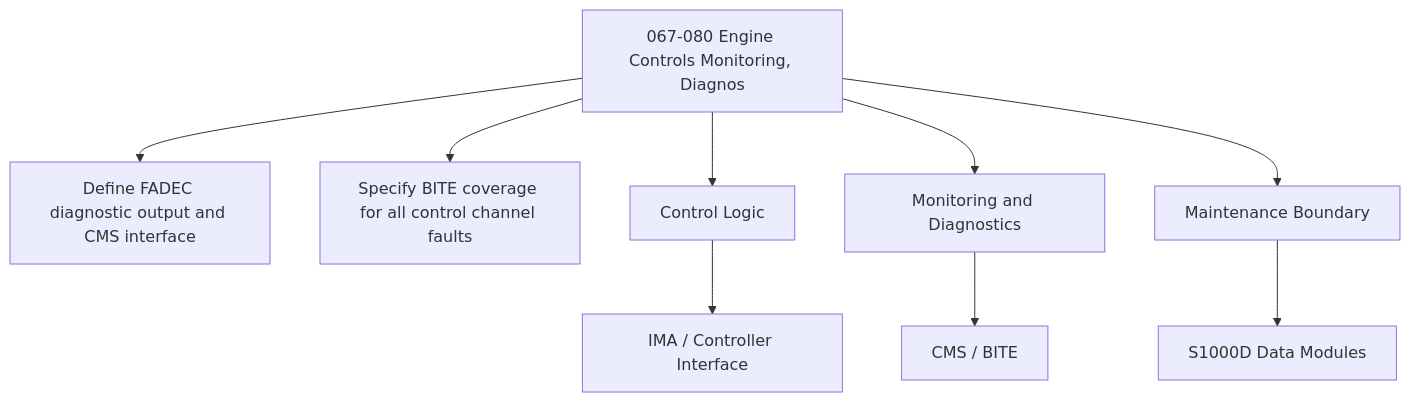
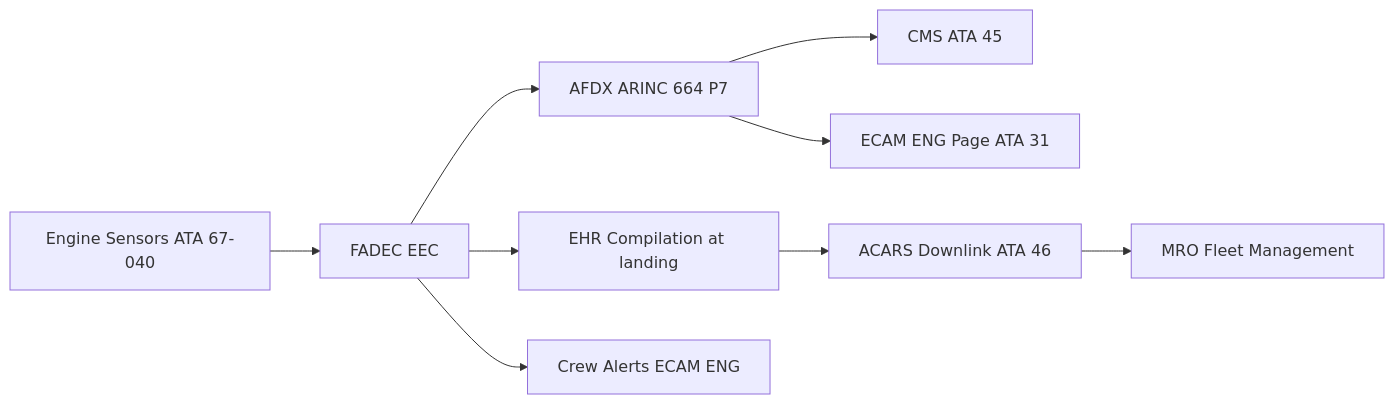
Before and after one commit to AmedeoPelliccia/Qplus-For-All-Queer-People-and-Quantum: the first of 2 diagrams in Q+ATLANTIDE/000-099_ATLAS/060-069_Propulsion-Tradicional/067_Engine-Controls/067-080-Engine-Controls-Monitoring-Diagnostics-and-Control-Interfaces.md, drawn with Mermaid. The commit also changed other lines of this file and 9 other files, not shown here.

First line of the commit message:
docs: rewrite 067_Engine-Controls — 10 files contextualized for AMPEL360E eWTW

````diff
--- a/Q+ATLANTIDE/000-099_ATLAS/060-069_Propulsion-Tradicional/067_Engine-Controls/067-080-Engine-Controls-Monitoring-Diagnostics-and-Control-Interfaces.md
+++ b/Q+ATLANTIDE/000-099_ATLAS/060-069_Propulsion-Tradicional/067_Engine-Controls/067-080-Engine-Controls-Monitoring-Diagnostics-and-Control-Interfaces.md
@@ -172,11 +94,11 @@
 ```mermaid
-flowchart TB
-    SYS[067-080 Engine Controls Monitoring, Diagnos] --> F1[Define FADEC diagnostic output and CMS interface]
-    SYS --> F2[Specify BITE coverage for all control channel faults]
-    SYS --> CTRL[Control Logic]
-    SYS --> MON[Monitoring and Diagnostics]
-    SYS --> MAINT[Maintenance Boundary]
-    CTRL --> IMA[IMA / Controller Interface]
-    MON --> CMS[CMS / BITE]
-    MAINT --> CSDB[S1000D Data Modules]
+flowchart LR
+    FADEC[FADEC EEC] --> AFDX[AFDX ARINC 664 P7]
+    AFDX --> CMS[CMS ATA 45]
+    AFDX --> ECAM[ECAM ENG Page ATA 31]
+    FADEC --> EHR[EHR Compilation at landing]
+    EHR --> ACARS[ACARS Downlink ATA 46]
+    ACARS --> MRO[MRO Fleet Management]
+    SENSORS_67[Engine Sensors ATA 67-040] --> FADEC
+    FADEC --> CREW[Crew Alerts ECAM ENG]
 ```
````
